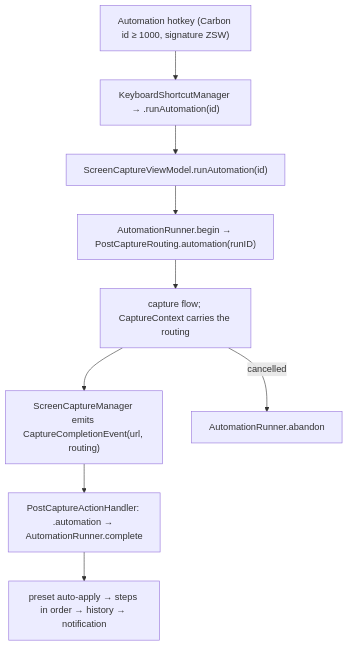
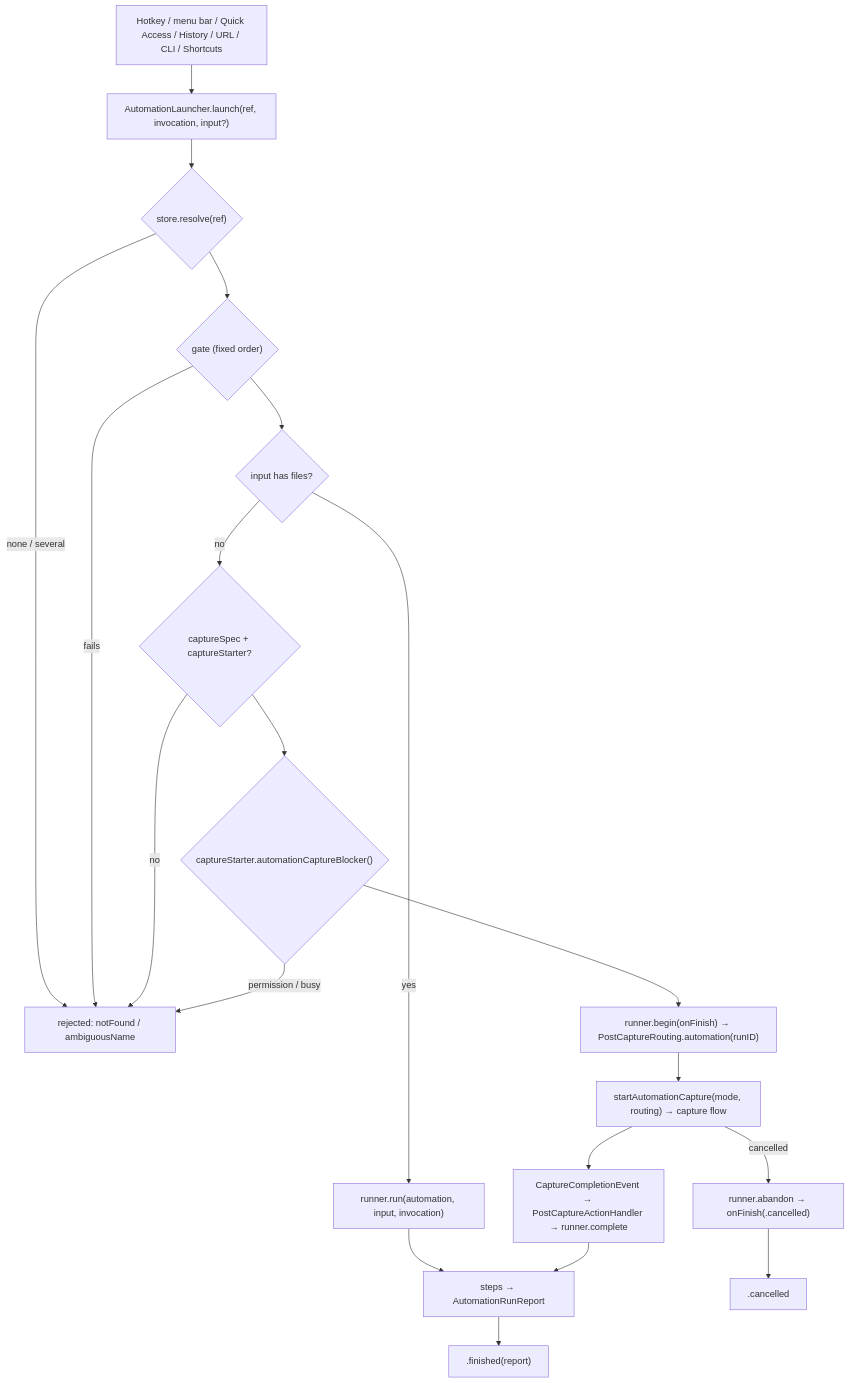
Before and after one commit to duongductrong/Snapzy: the diagram in docs/AUTOMATIONS.md, drawn with Mermaid. The commit also changed other lines of this file and 60 other files, not shown here.

First line of the commit message:
feat: Added automation triggers for URL scheme, CLI, menu bar, Quick Access, History and Shortcuts

````diff
--- a/docs/AUTOMATIONS.md
+++ b/docs/AUTOMATIONS.md
@@ -20,11 +40,22 @@
 ```mermaid
 flowchart TD
-    A["Automation hotkey (Carbon id ≥ 1000, signature ZSW)"] --> B["KeyboardShortcutManager → .runAutomation(id)"]
-    B --> C["ScreenCaptureViewModel.runAutomation(id)"]
-    C --> D["AutomationRunner.begin → PostCaptureRouting.automation(runID)"]
-    D --> E["capture flow; CaptureContext carries the routing"]
-    E --> F["ScreenCaptureManager emits CaptureCompletionEvent(url, routing)"]
-    F --> G["PostCaptureActionHandler: .automation → AutomationRunner.complete"]
-    G --> H["preset auto-apply → steps in order → history → notification"]
-    E -->|"cancelled"| X["AutomationRunner.abandon"]
+    T["Hotkey / menu bar / Quick Access / History / URL / CLI / Shortcuts"] --> L["AutomationLauncher.launch(ref, invocation, input?)"]
+    L --> R{"store.resolve(ref)"}
+    R -->|"none / several"| X["rejected: notFound / ambiguousName"]
+    R --> G{"gate (fixed order)"}
+    G -->|"fails"| X
+    G --> F{"input has files?"}
+    F -->|"yes"| I["runner.run(automation, input, invocation)"]
+    F -->|"no"| S{"captureSpec + captureStarter?"}
+    S -->|"no"| X
+    S --> B{"captureStarter.automationCaptureBlocker()"}
+    B -->|"permission / busy"| X
+    B --> C["runner.begin(onFinish) → PostCaptureRouting.automation(runID)"]
+    C --> D["startAutomationCapture(mode, routing) → capture flow"]
+    D --> E["CaptureCompletionEvent → PostCaptureActionHandler → runner.complete"]
+    D -->|"cancelled"| Y["runner.abandon → onFinish(.cancelled)"]
+    I --> O["steps → AutomationRunReport"]
+    E --> O
+    O --> L2[".finished(report)"]
+    Y --> L3[".cancelled"]
 ```
````
